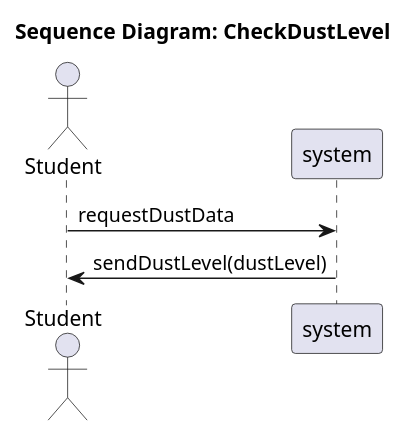
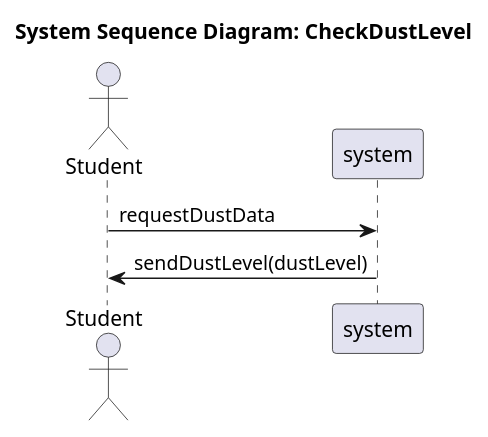
One commit to SEP4Real/SEP4 changed the diagram in Documentation/Analysis/ssds/StudyHelper_CheckDustLevel.ssd.puml. Above: the diagram before and after it, drawn with PlantUML. The commit also changed 26 other files, not shown here.

Commit message:
[Fix] Old diagram fixes

```diff
--- a/Documentation/Analysis/ssds/StudyHelper_CheckDustLevel.ssd.puml
+++ b/Documentation/Analysis/ssds/StudyHelper_CheckDustLevel.ssd.puml
@@ -1,8 +1,8 @@
 @startuml
-title Sequence Diagram: CheckDustLevel
+title System Sequence Diagram: CheckDustLevel
 actor "Student" as Actor
 participant "system" as System
 
 Actor -> System : requestDustData
 System -> Actor : sendDustLevel(dustLevel)
 @enduml
```
